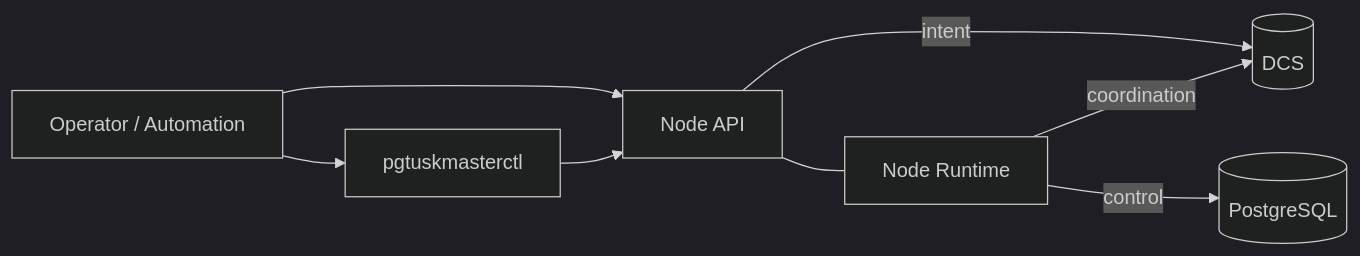
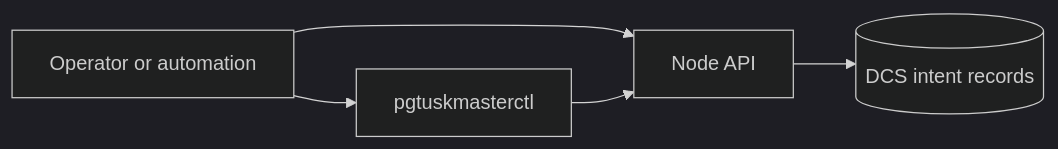
Before and after one commit to djosh34/pgtuskmaster_rust: the diagram in docs/src/interfaces/index.md, drawn with Mermaid (dark theme). The commit also changed other lines of this file and 79 other files, not shown here.

````diff
--- a/docs/src/interfaces/index.md
+++ b/docs/src/interfaces/index.md
@@ -9,11 +10,7 @@
 ```mermaid
 flowchart LR
-  Op[Operator / Automation] --> API[Node API]
-  Op --> CLI[pgtuskmasterctl]
+  Op[Operator or automation] --> CLI[pgtuskmasterctl]
+  Op --> API[Node API]
   CLI --> API
-
-  API --- Runtime[Node Runtime]
-  API -->|intent| ETCD[(DCS)]
-  Runtime -->|coordination| ETCD
-  Runtime -->|control| PG[(PostgreSQL)]
+  API --> DCS[(DCS intent records)]
 ```
````
